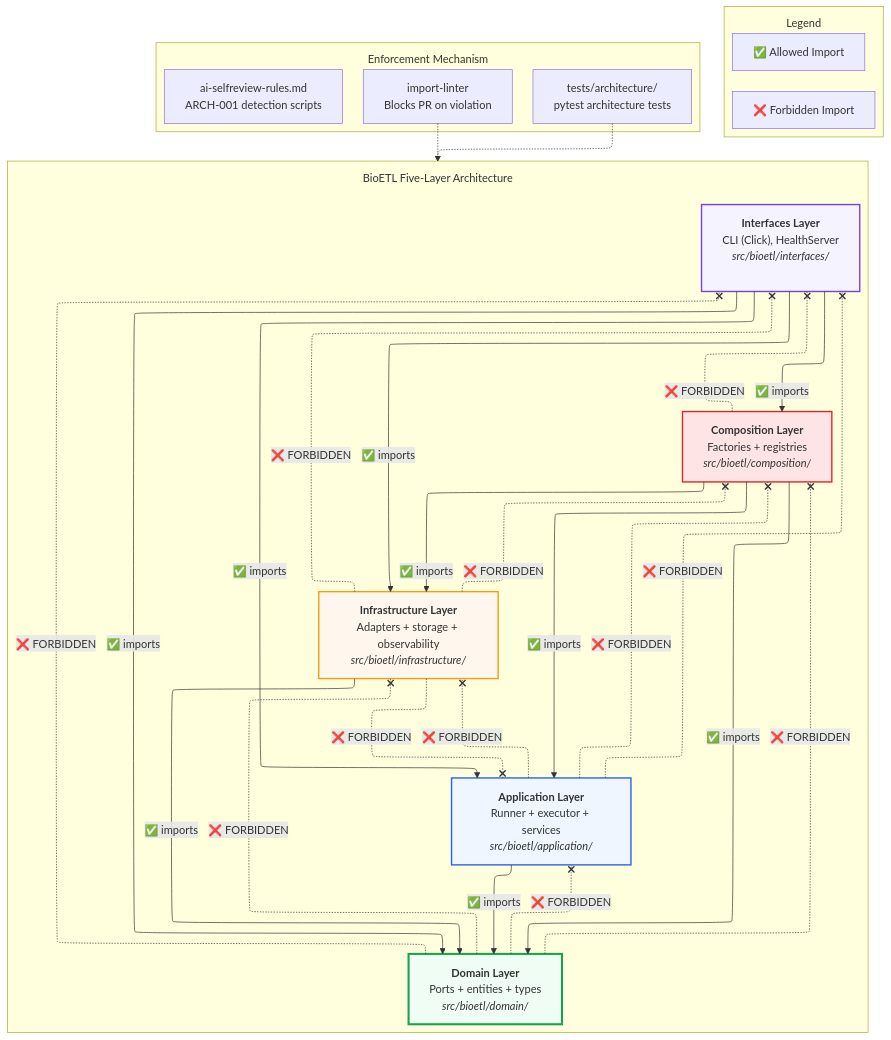
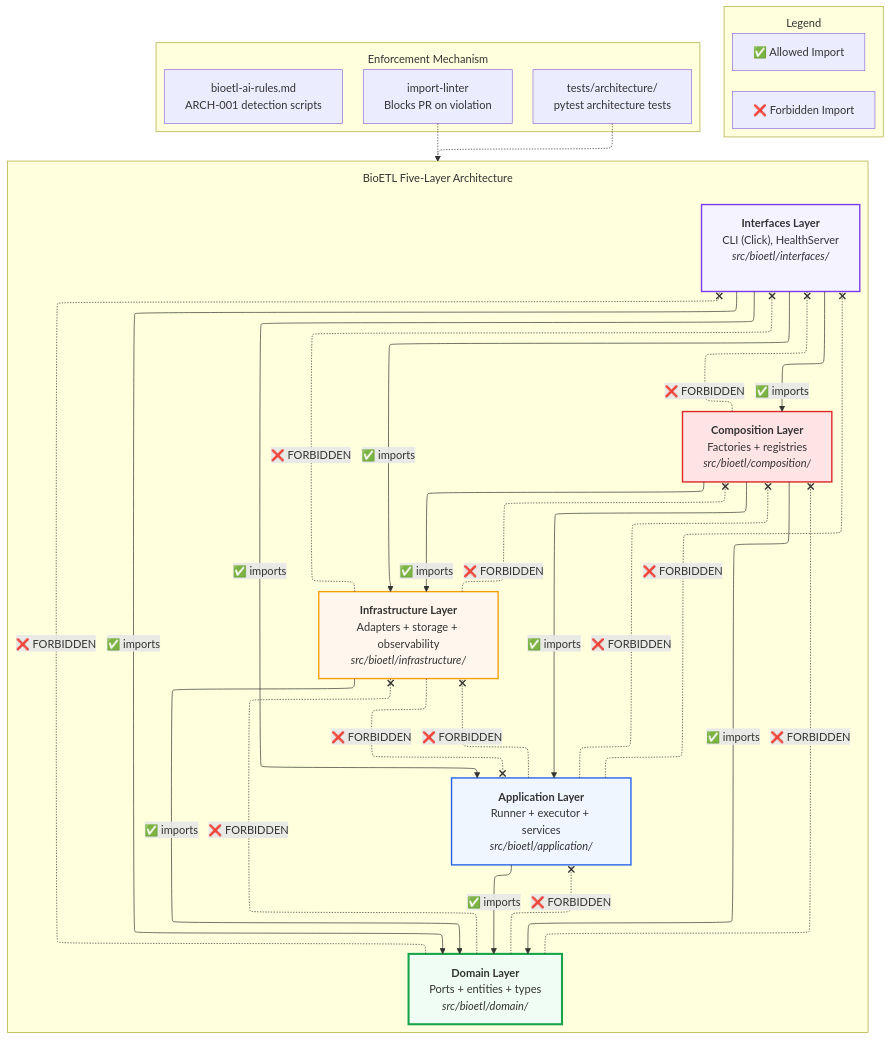
One commit to SatoryKono/BioactivityDataAcquisition changed the diagram in docs/02-architecture/diagrams/foundation/27-import-matrix-enforcement.mmd. Above: the diagram before and after it, drawn with Mermaid. The commit also changed 20 other files, not shown here.

```diff
--- a/docs/02-architecture/diagrams/foundation/27-import-matrix-enforcement.mmd
+++ b/docs/02-architecture/diagrams/foundation/27-import-matrix-enforcement.mmd
@@ -1,83 +1,83 @@
 %% Title: Five-Layer Import Matrix Enforcement (ARCH-001)
-%% Covers: RULES.md §1.1, ai-selfreview-rules.md ARCH-001
+%% Covers: RULES.md §1.1, docs/00-project/ai/rules/bioetl-ai-rules.md ARCH-001
 %% Rank: 2 (Score 9.00) — Critical architectural rule visualization
 %% Updated: 2026-02-17
 
 %% @version 1.0.0
 %% @date    2026-02-24
 %% @type    flowchart
 %% @level   Mixed (System / Component / Class)
 %% @nodes   11
 %%{init: {
   'flowchart': {
     'subGraphTitleMargin': { 'top': 12, 'bottom': 12 }
   },
   'layout': 'elk',
   'elk': {
     'mergeEdges': true,
     'nodePlacementStrategy': 'BRANDES_KOEPF',
     'edgeRouting': 'ORTHOGONAL'
   }
 }}%%
 %% @uniform width=272 height=128 max_title_len=27 max_desc_lines=5
 flowchart TB
 %% keep-orphan: BLOCK, OK, SR
     subgraph Legend["Legend"]
         direction LR
         OK["✅ Allowed Import<br/>"]
         BLOCK["❌ Forbidden Import<br/>"]
     end
 
     subgraph Layers["BioETL Five-Layer Architecture"]
         INT["<b>Interfaces Layer</b><br/>CLI (Click), HealthServer<br/><i>src/bioetl/interfaces/</i><br/><br/>"]
         COMP["<b>Composition Layer</b><br/>Factories + registries<br/><i>src/bioetl/composition/</i>"]
         APP["<b>Application Layer</b><br/>Runner + executor + services<br/><i>src/bioetl/application/</i>"]
         INFRA["<b>Infrastructure Layer</b><br/>Adapters + storage + observability<br/><i>src/bioetl/infrastructure/</i>"]
         DOM["<b>Domain Layer</b><br/>Ports + entities + types<br/><i>src/bioetl/domain/</i>"]
     end
 
     %% Allowed imports (solid green arrows)
     INT -->|"✅ imports"| COMP
     INT -->|"✅ imports"| APP
     INT -->|"✅ imports"| INFRA
     INT -->|"✅ imports"| DOM
 
     COMP -->|"✅ imports"| APP
     COMP -->|"✅ imports"| INFRA
     COMP -->|"✅ imports"| DOM
 
     APP -->|"✅ imports"| DOM
 
     INFRA -->|"✅ imports"| DOM
 
     %% Forbidden imports (red dashed arrows)
     DOM -.-x|"❌ FORBIDDEN"| APP
     DOM -.-x|"❌ FORBIDDEN"| INFRA
     DOM -.-x|"❌ FORBIDDEN"| COMP
     DOM -.-x|"❌ FORBIDDEN"| INT
 
     APP -.-x|"❌ FORBIDDEN"| INFRA
     APP -.-x|"❌ FORBIDDEN"| COMP
     APP -.-x|"❌ FORBIDDEN"| INT
 
     INFRA -.-x|"❌ FORBIDDEN"| APP
     INFRA -.-x|"❌ FORBIDDEN"| COMP
     INFRA -.-x|"❌ FORBIDDEN"| INT
 
     COMP -.-x|"❌ FORBIDDEN"| INT
 
     subgraph Enforcement["Enforcement Mechanism"]
         IL["import-linter<br/>Blocks PR on violation<br/>"]
         AT["tests/architecture/<br/>pytest architecture tests<br/>"]
-        SR["ai-selfreview-rules.md<br/>ARCH-001 detection scripts<br/>"]
+        SR["bioetl-ai-rules.md<br/>ARCH-001 detection scripts<br/>"]
     end
 
     IL -.-> Layers
     AT -.-> Layers
 
     %% Styling
     style DOM fill:#f0fdf4,stroke:#16a34a,stroke-width:3px
     style APP fill:#eff6ff,stroke:#2563eb,stroke-width:2px
     style INFRA fill:#fff7ed,stroke:#f59e0b,stroke-width:2px
     style COMP fill:#ffe4e6,stroke:#dc2626,stroke-width:2px
     style INT fill:#f5f3ff,stroke:#7c3aed,stroke-width:2px
```
